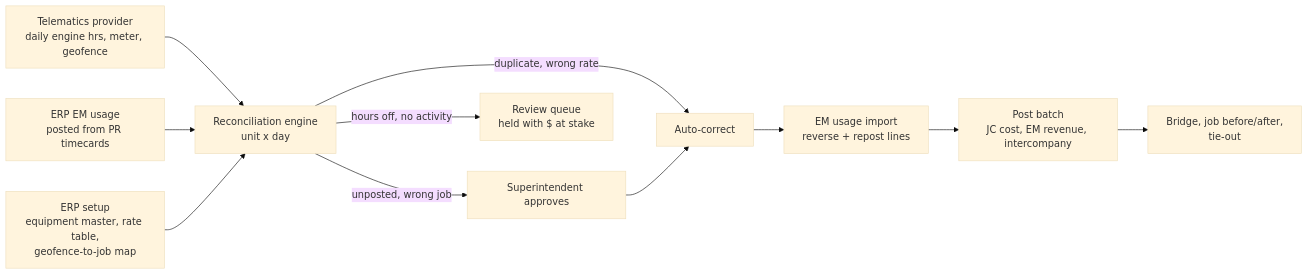
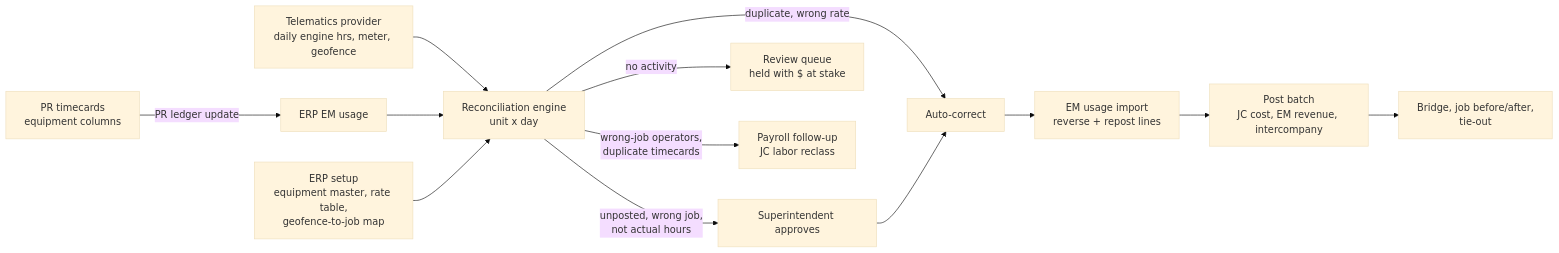
One commit to ReneeC1988/Renee-C changed the diagram in equipment-usage-recon/README.md. Above: the diagram before and after it, drawn with Mermaid (base theme). The commit also changed other lines of this file and 17 other files, not shown here.

First line of the commit message:
Equipment usage rec: post through payroll, bill actual hours, two-way intercompany

````diff
--- a/equipment-usage-recon/README.md
+++ b/equipment-usage-recon/README.md
@@ -39,11 +41,13 @@
 ```mermaid
 flowchart LR
   A[Telematics provider<br/>daily engine hrs, meter, geofence] --> M[Reconciliation engine<br/>unit x day]
-  B[ERP EM usage<br/>posted from PR timecards] --> M
+  P[PR timecards<br/>equipment columns] -->|PR ledger update| B[ERP EM usage]
+  B --> M
   C[ERP setup<br/>equipment master, rate table,<br/>geofence-to-job map] --> M
   M -->|duplicate, wrong rate| D[Auto-correct]
-  M -->|unposted, wrong job| E[Superintendent approves] --> D
-  M -->|hours off, no activity| F[Review queue<br/>held with $ at stake]
+  M -->|unposted, wrong job,<br/>not actual hours| E[Superintendent approves] --> D
+  M -->|no activity| F[Review queue<br/>held with $ at stake]
+  M -->|wrong-job operators,<br/>duplicate timecards| L[Payroll follow-up<br/>JC labor reclass]
   D --> G[EM usage import<br/>reverse + repost lines] --> H[Post batch<br/>JC cost, EM revenue, intercompany]
   H --> I[Bridge, job before/after,<br/>tie-out]
 ```
````
